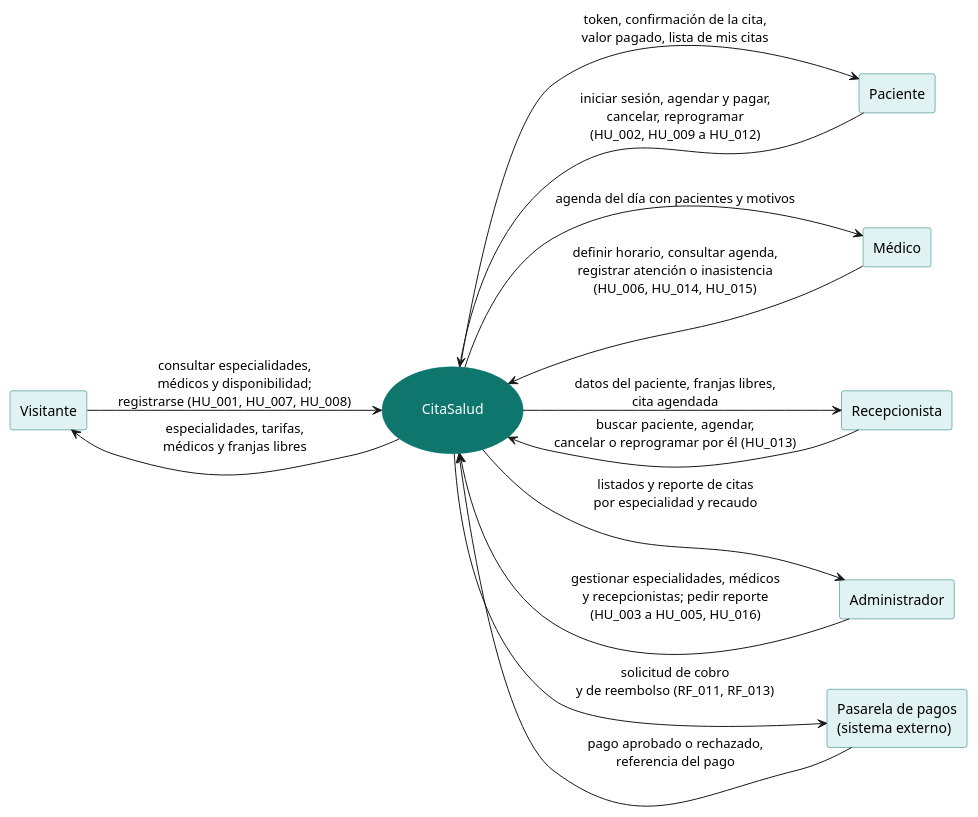
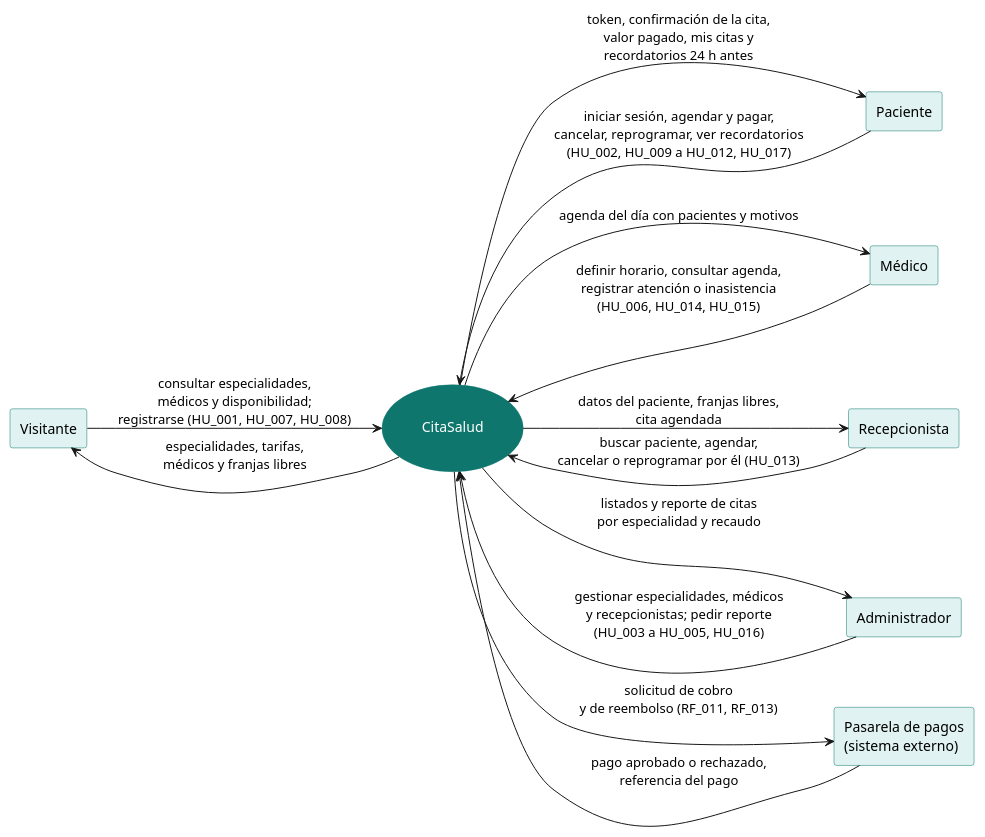
The diagram in diagramas/fuentes/vista-contexto.puml (laurameza7/CitaSalud), drawn with PlantUML before and after one commit. The commit also changed 43 other files, not shown here.

First line of the commit message:
Recordatorios de citas (HU_017): backend, pruebas, pantalla, documentación y diagramas

```diff
--- a/diagramas/fuentes/vista-contexto.puml
+++ b/diagramas/fuentes/vista-contexto.puml
@@ -1,43 +1,43 @@
 @startuml vista-contexto
 ' Vista de contexto (nivel 0): el sistema es un solo círculo y los actores son rectángulos.
 ' Flechas hacia el sistema = acciones. Flechas desde el sistema = datos que devuelve.
 skinparam defaultFontName Arial
 skinparam shadowing false
 skinparam rectangle {
   BackgroundColor #E0F2F1
   BorderColor #0F766E
 }
 skinparam usecase {
   BackgroundColor #0F766E
   FontColor white
   BorderColor #0F766E
 }
 left to right direction
 
 rectangle "Visitante" as V
 rectangle "Paciente" as P
 rectangle "Médico" as M
 rectangle "Recepcionista" as R
 rectangle "Administrador" as A
 rectangle "Pasarela de pagos\n(sistema externo)" as PP
 
 usecase "\n   CitaSalud   \n" as S
 
 V --> S : consultar especialidades,\nmédicos y disponibilidad;\nregistrarse (HU_001, HU_007, HU_008)
 S --> V : especialidades, tarifas,\nmédicos y franjas libres
 
-P --> S : iniciar sesión, agendar y pagar,\ncancelar, reprogramar\n(HU_002, HU_009 a HU_012)
-S --> P : token, confirmación de la cita,\nvalor pagado, lista de mis citas
+P --> S : iniciar sesión, agendar y pagar,\ncancelar, reprogramar, ver recordatorios\n(HU_002, HU_009 a HU_012, HU_017)
+S --> P : token, confirmación de la cita,\nvalor pagado, mis citas y\nrecordatorios 24 h antes
 
 M --> S : definir horario, consultar agenda,\nregistrar atención o inasistencia\n(HU_006, HU_014, HU_015)
 S --> M : agenda del día con pacientes y motivos
 
 R --> S : buscar paciente, agendar,\ncancelar o reprogramar por él (HU_013)
 S --> R : datos del paciente, franjas libres,\ncita agendada
 
 A --> S : gestionar especialidades, médicos\ny recepcionistas; pedir reporte\n(HU_003 a HU_005, HU_016)
 S --> A : listados y reporte de citas\npor especialidad y recaudo
 
 S --> PP : solicitud de cobro\ny de reembolso (RF_011, RF_013)
 PP --> S : pago aprobado o rechazado,\nreferencia del pago
 @enduml
```
